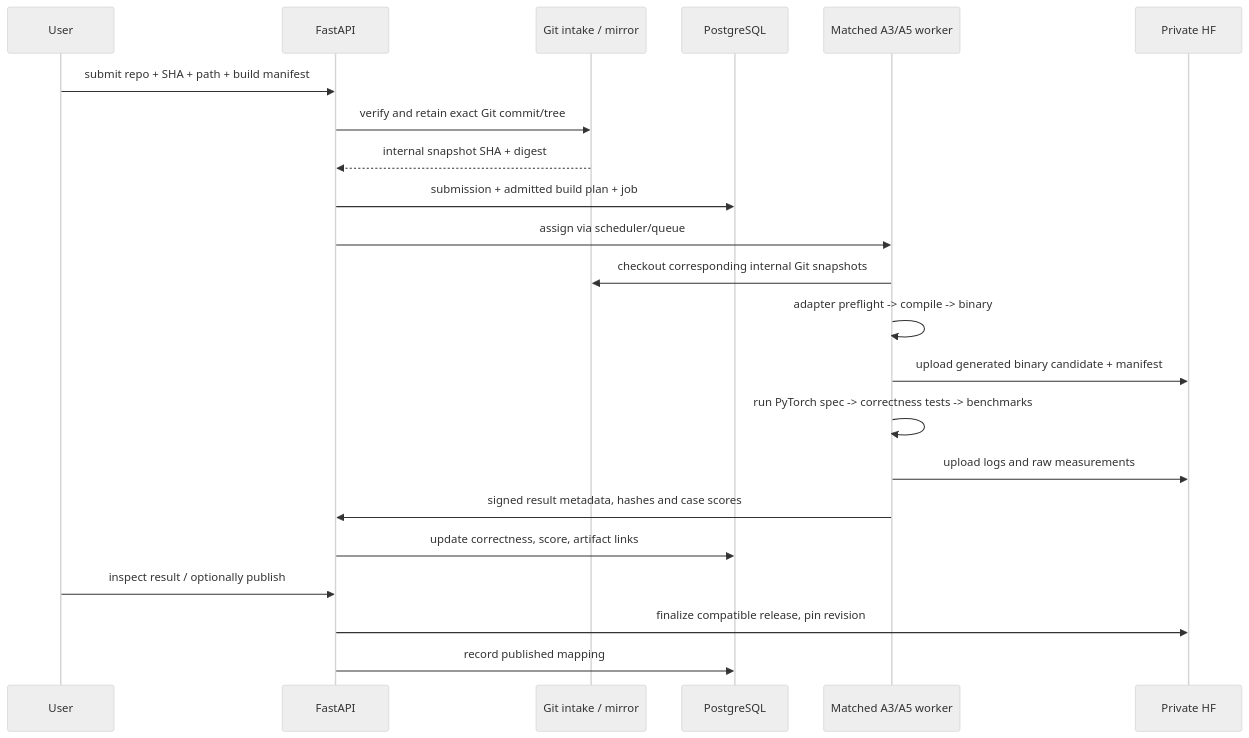
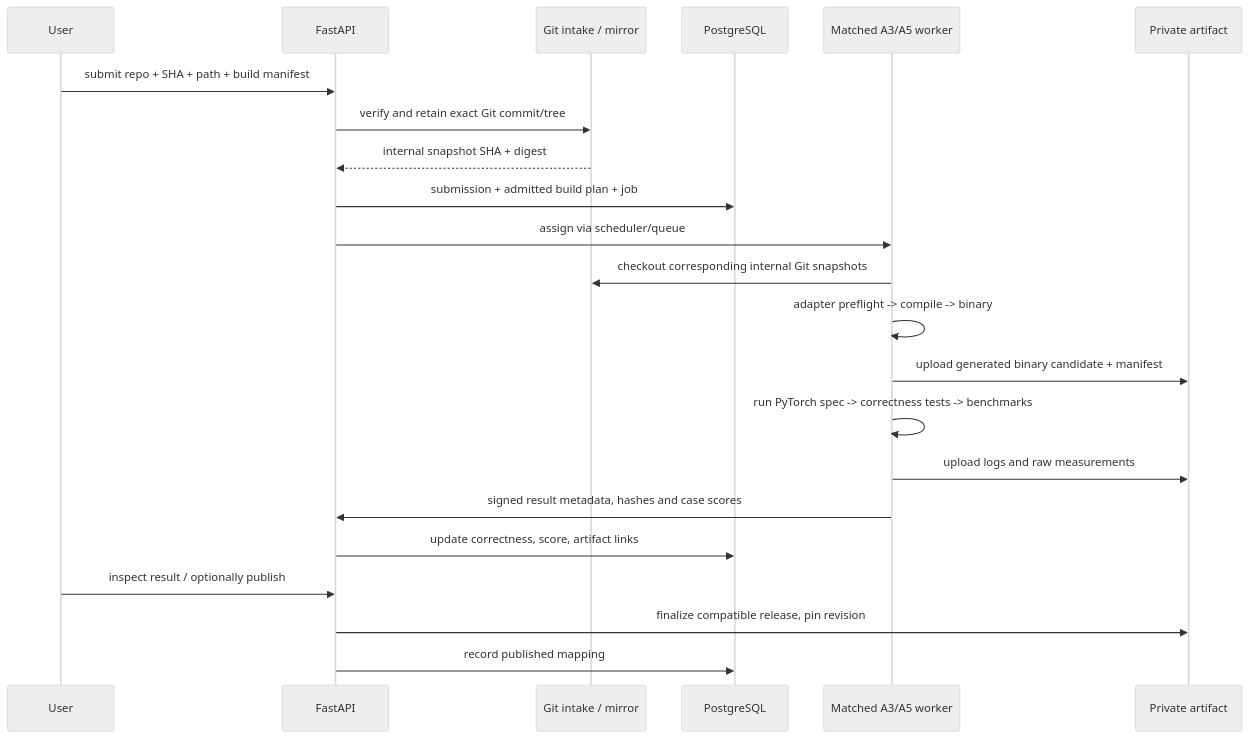
The second of 2 diagrams in docs/architecture.md (huawei-cpl-zurich/cannery), drawn with Mermaid (neutral theme) before and after one commit. The commit also changed other lines of this file and 10 other files, not shown here.

````diff
--- a/docs/architecture.md
+++ b/docs/architecture.md
@@ -92,24 +98,24 @@
 ```mermaid
 sequenceDiagram
   participant C as User
   participant A as FastAPI
   participant G as Git intake / mirror
   participant P as PostgreSQL
   participant W as Matched A3/A5 worker
-  participant H as Private HF
+  participant H as Private artifact
   C->>A: submit repo + SHA + path + build manifest
   A->>G: verify and retain exact Git commit/tree
   G-->>A: internal snapshot SHA + digest
   A->>P: submission + admitted build plan + job
   A->>W: assign via scheduler/queue
   W->>G: checkout corresponding internal Git snapshots
   W->>W: adapter preflight -> compile -> binary
   W->>H: upload generated binary candidate + manifest
   W->>W: run PyTorch spec -> correctness tests -> benchmarks
   W->>H: upload logs and raw measurements
   W->>A: signed result metadata, hashes and case scores
   A->>P: update correctness, score, artifact links
   C->>A: inspect result / optionally publish
   A->>H: finalize compatible release, pin revision
   A->>P: record published mapping
 ```
````
